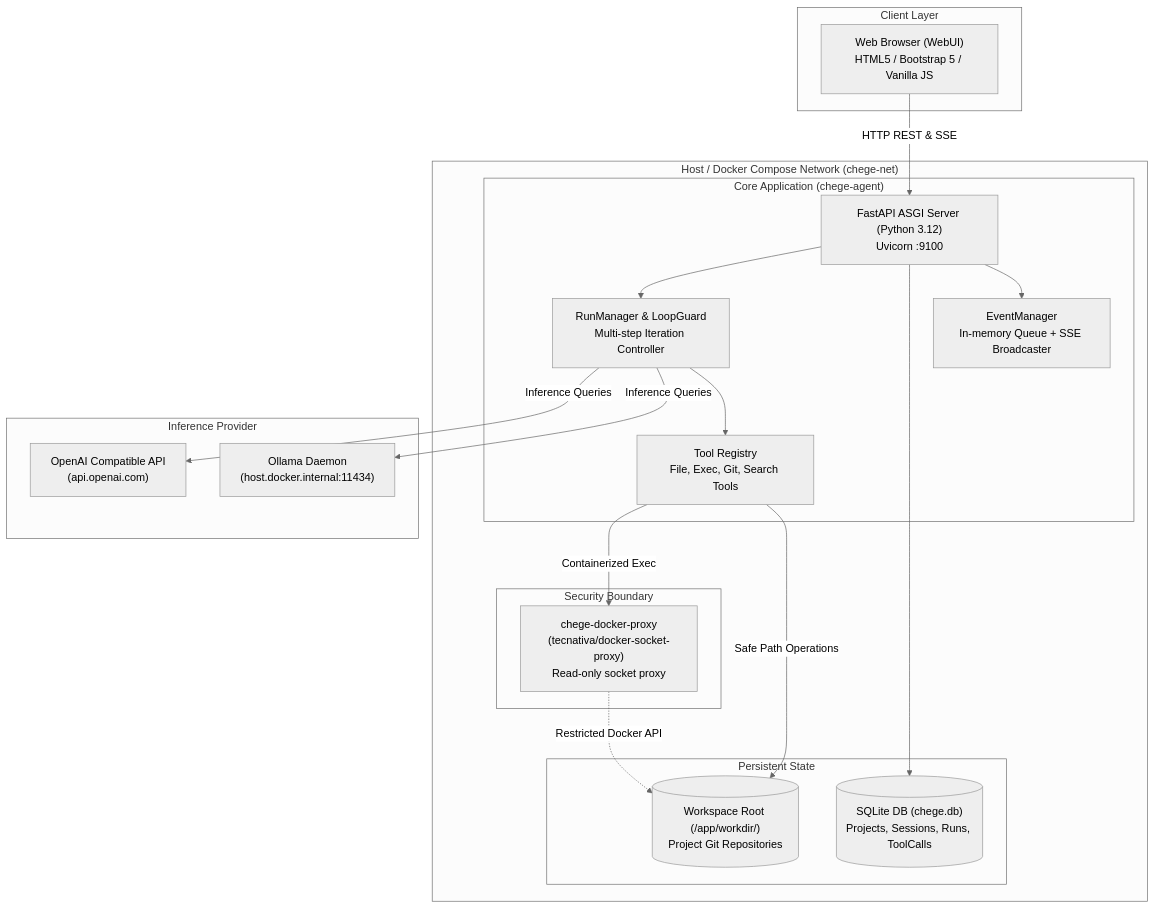
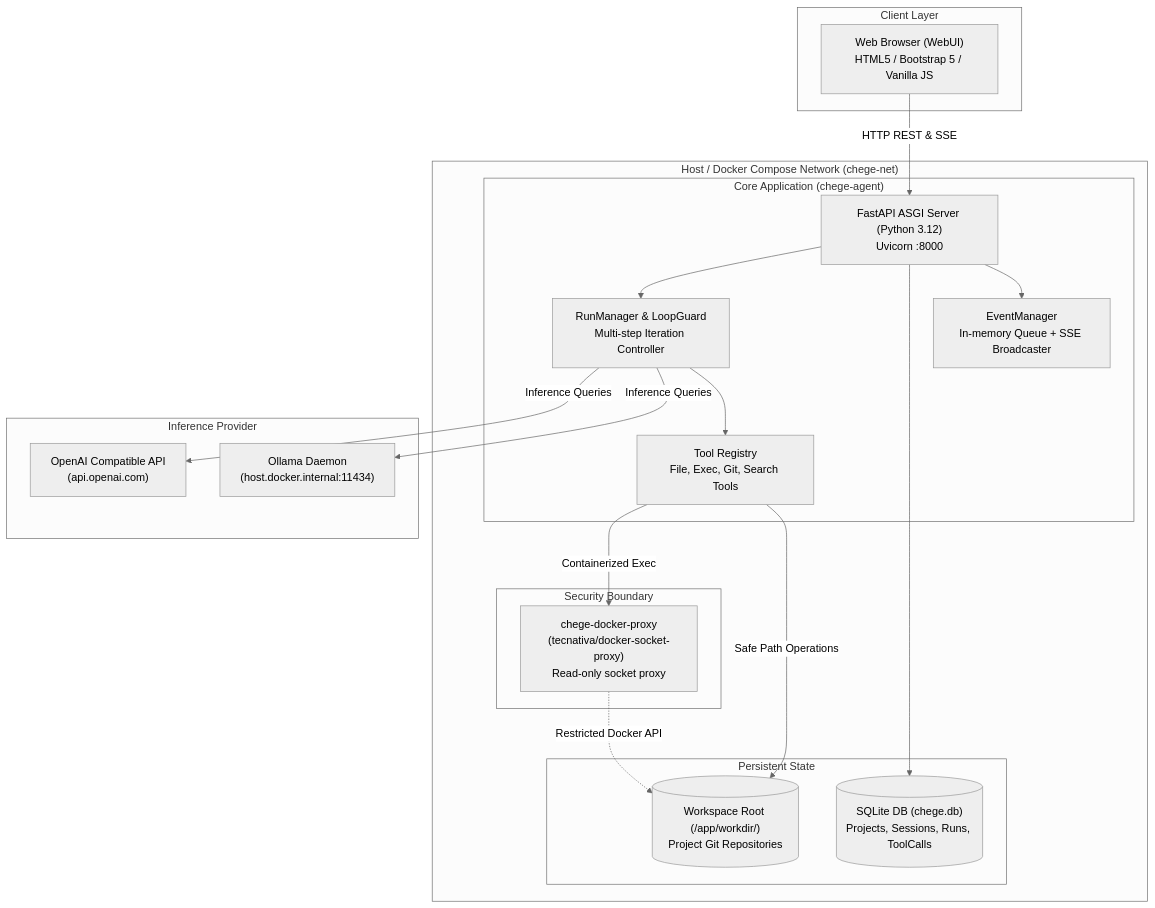
The diagram in docs/architecture/overview.md (Niccher/Chege-Agent), drawn with Mermaid (neutral theme) before and after one commit. The commit also changed other lines of this file and 72 other files, not shown here.

````diff
--- a/docs/architecture/overview.md
+++ b/docs/architecture/overview.md
@@ -9,40 +9,40 @@
 ```mermaid
 flowchart TB
     subgraph Clients ["Client Layer"]
         Browser["Web Browser (WebUI)\nHTML5 / Bootstrap 5 / Vanilla JS"]
     end
 
     subgraph Host ["Host / Docker Compose Network (chege-net)"]
         subgraph Proxy ["Security Boundary"]
             DSP["chege-docker-proxy\n(tecnativa/docker-socket-proxy)\nRead-only socket proxy"]
         end
 
         subgraph CoreApp ["Core Application (chege-agent)"]
-            FastAPI["FastAPI ASGI Server (Python 3.12)\nUvicorn :9100"]
+            FastAPI["FastAPI ASGI Server (Python 3.12)\nUvicorn :8000"]
             AgentLoop["RunManager & LoopGuard\nMulti-step Iteration Controller"]
             ToolRegistry["Tool Registry\nFile, Exec, Git, Search Tools"]
             EventBus["EventManager\nIn-memory Queue + SSE Broadcaster"]
         end
 
         subgraph Storage ["Persistent State"]
             SQLite[("SQLite DB (chege.db)\nProjects, Sessions, Runs, ToolCalls")]
             Workdir[("Workspace Root (/app/workdir/)\nProject Git Repositories")]
         end
     end
 
     subgraph LLM ["Inference Provider"]
         Ollama["Ollama Daemon\n(host.docker.internal:11434)"]
         OpenAI["OpenAI Compatible API\n(api.openai.com)"]
     end
 
     Browser -->|HTTP REST & SSE| FastAPI
     FastAPI --> EventBus
     FastAPI --> SQLite
     FastAPI --> AgentLoop
     AgentLoop --> ToolRegistry
     AgentLoop -->|Inference Queries| Ollama
     AgentLoop -->|Inference Queries| OpenAI
     ToolRegistry -->|Safe Path Operations| Workdir
     ToolRegistry -->|Containerized Exec| DSP
     DSP -.->|Restricted Docker API| Workdir
 ```
````
